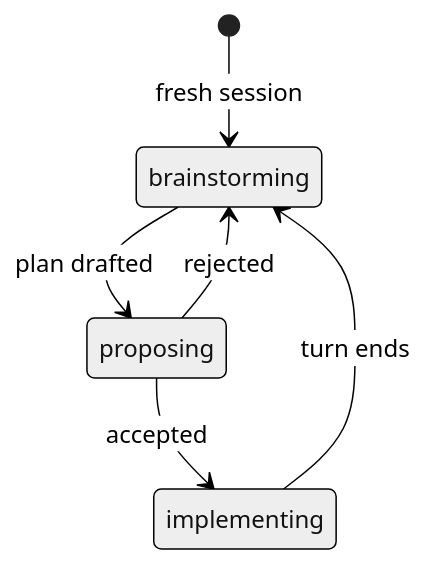
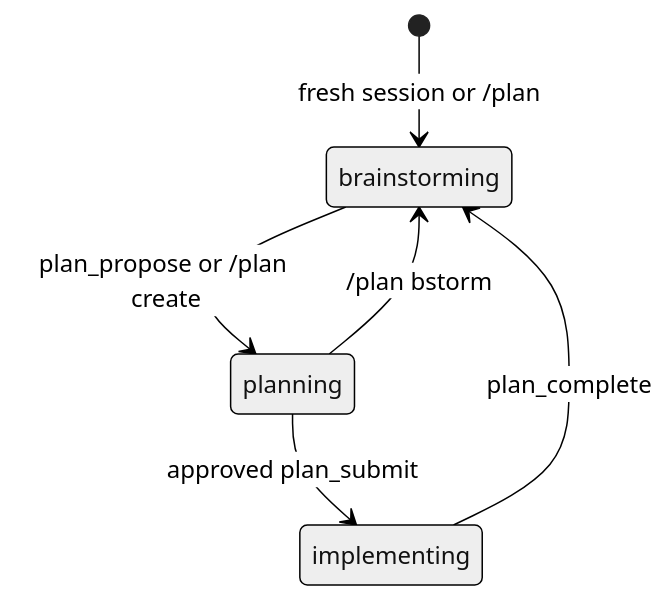
One commit to phrmendes/pi-plan-mode changed the diagram in README.md. Above: the diagram before and after it, drawn with Mermaid (neutral theme). The commit also changed other lines of this file and 15 other files, not shown here.

````diff
--- a/README.md
+++ b/README.md
@@ -7,8 +7,8 @@
 ```mermaid
 stateDiagram-v2
-    [*] --> brainstorming : fresh session
-    brainstorming --> proposing : plan drafted
-    proposing --> implementing : accepted
-    proposing --> brainstorming : rejected
-    implementing --> brainstorming : turn ends
+    [*] --> brainstorming : fresh session or /plan
+    brainstorming --> planning : plan_propose or /plan create
+    planning --> brainstorming : /plan bstorm
+    planning --> implementing : approved plan_submit
+    implementing --> brainstorming : plan_complete
 ```
````
